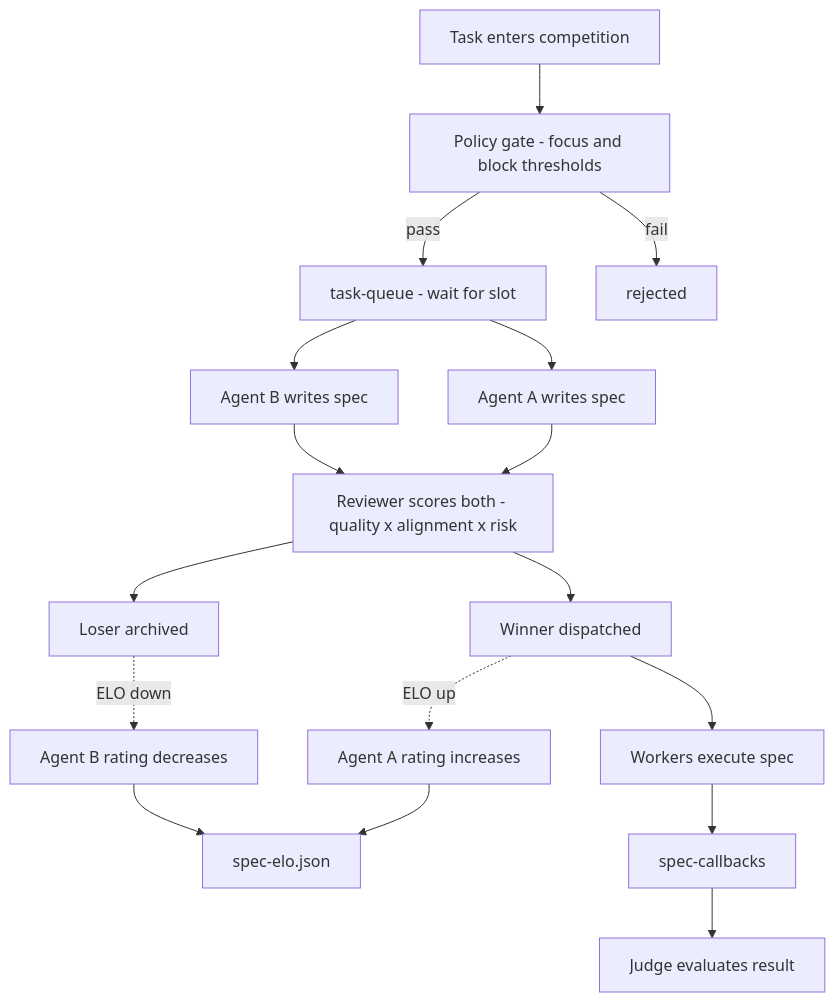
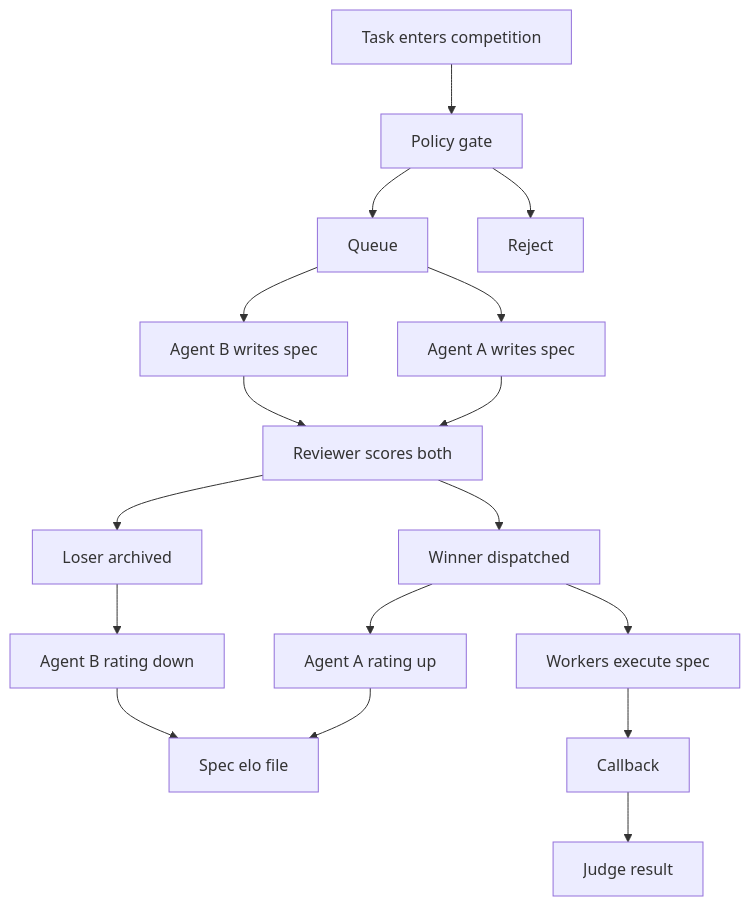
One commit to mmartoccia/ghost-orchestration-pattern changed the sixth of 6 diagrams in README.md. Above: the diagram before and after it, drawn with Mermaid. The commit also changed other lines of this file and 11 other files, not shown here.

First line of the commit message:
Fix Mermaid for GitHub renderer

````diff
--- a/README.md
+++ b/README.md
@@ -157,19 +192,31 @@
 ```mermaid
 graph TD
-    TASK["Task enters competition"] --> GATE["Policy gate - focus and block thresholds"]
-    GATE -->|"pass"| QUEUE["task-queue - wait for slot"]
-    GATE -->|"fail"| REJECT["rejected"]
-    QUEUE --> AGTA["Agent A writes spec"]
-    QUEUE --> AGTB["Agent B writes spec"]
-    AGTA --> REV["Reviewer scores both - quality x alignment x risk"]
-    AGTB --> REV
-    REV --> WIN["Winner dispatched"]
-    REV --> LOSE["Loser archived"]
-    WIN -.->|"ELO up"| ELO1["Agent A rating increases"]
-    LOSE -.->|"ELO down"| ELO2["Agent B rating decreases"]
-    ELO1 --> ELOF["spec-elo.json"]
-    ELO2 --> ELOF
-    WIN --> WKRS["Workers execute spec"]
-    WKRS --> CBACK["spec-callbacks"]
-    CBACK --> JUDGE["Judge evaluates result"]
+    S1[Task enters competition]
+    S2[Policy gate]
+    S3[Queue]
+    S4[Reject]
+    S5[Agent A writes spec]
+    S6[Agent B writes spec]
+    S7[Reviewer scores both]
+    S8[Winner dispatched]
+    S9[Loser archived]
+    S10[Agent A rating up]
+    S11[Agent B rating down]
+    S12[Spec elo file]
+    S13[Workers execute spec]
+    S14[Callback]
+    S15[Judge result]
+
+    S1 --> S2
+    S2 --> S3
+    S2 --> S4
+    S3 --> S5
+    S3 --> S6
+    S5 --> S7
+    S6 --> S7
+    S7 --> S8
+    S7 --> S9
+    S8 --> S10 --> S12
+    S9 --> S11 --> S12
+    S8 --> S13 --> S14 --> S15
 ```
````
